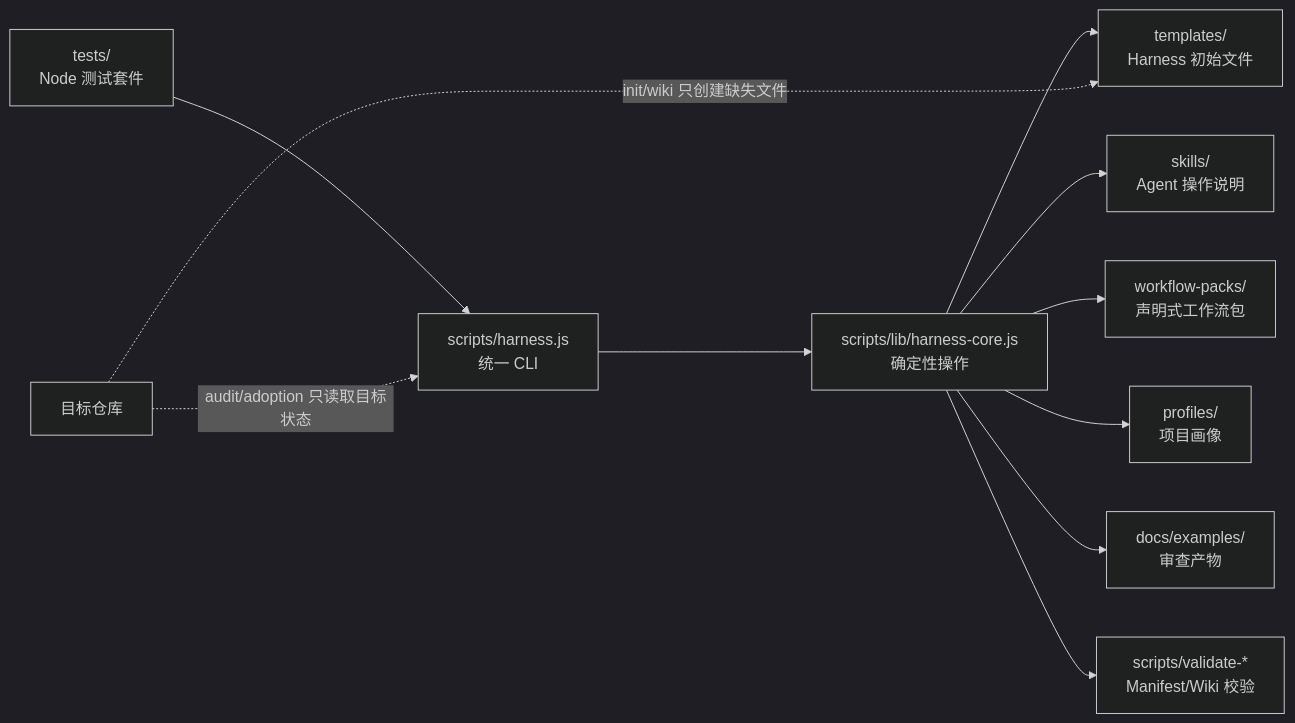
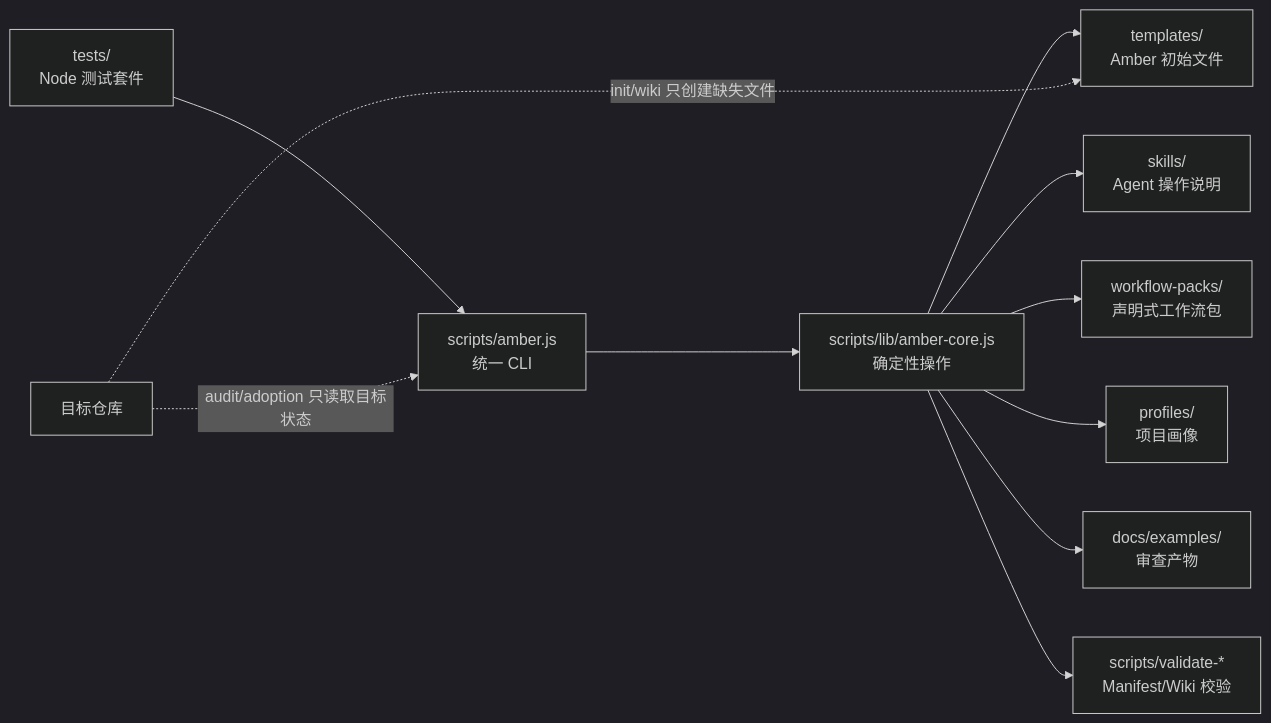
One commit to Bandersnatch0x/amber-protocol changed the diagram in README.zh-CN.md. Above: the diagram before and after it, drawn with Mermaid (dark theme). The commit also changed other lines of this file and 3 other files, not shown here.

````diff
--- a/README.zh-CN.md
+++ b/README.zh-CN.md
@@ -15,14 +15,14 @@
 ```mermaid
 flowchart LR
-  CLI["scripts/harness.js<br/>统一 CLI"] --> Core["scripts/lib/harness-core.js<br/>确定性操作"]
-  Core --> Templates["templates/<br/>Harness 初始文件"]
+  CLI["scripts/amber.js<br/>统一 CLI"] --> Core["scripts/lib/amber-core.js<br/>确定性操作"]
+  Core --> Templates["templates/<br/>Amber 初始文件"]
   Core --> Skills["skills/<br/>Agent 操作说明"]
   Core --> Packs["workflow-packs/<br/>声明式工作流包"]
   Core --> Profiles["profiles/<br/>项目画像"]
   Core --> Examples["docs/examples/<br/>审查产物"]
   Core --> Validators["scripts/validate-*<br/>Manifest/Wiki 校验"]
   Tests["tests/<br/>Node 测试套件"] --> CLI
 
   Target["目标仓库"] -. "init/wiki 只创建缺失文件" .-> Templates
   Target -. "audit/adoption 只读取目标状态" .-> CLI
 ```
````
